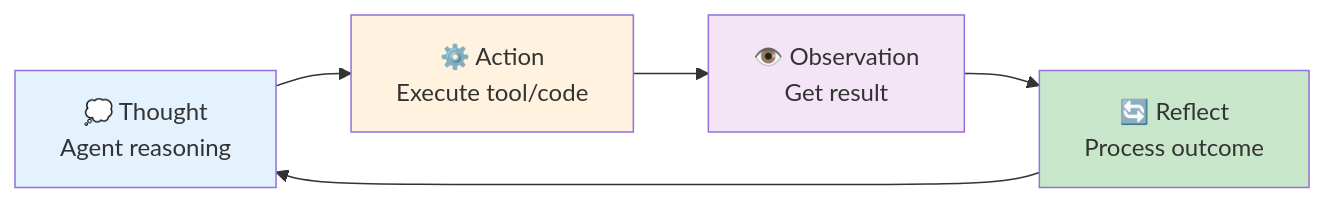
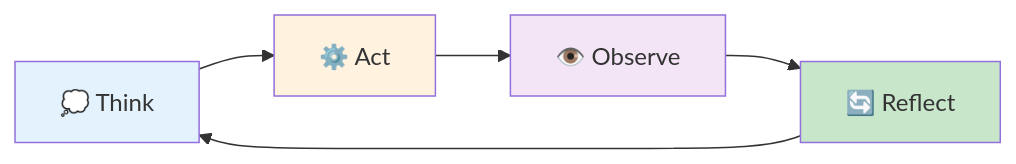
Before and after one commit to Algiras/vs-zinios-conference-2025-11-18: the seventh of 13 diagrams in slides/presentation.md, drawn with Mermaid. The commit also changed other lines of this file and 18 other files, not shown here.

````diff
--- a/slides/presentation.md
+++ b/slides/presentation.md
@@ -353,17 +625,12 @@
 ```mermaid
 graph LR
-    THOUGHT["💭 Thought<br/>Agent reasoning"]
-    ACTION["⚙️ Action<br/>Execute tool/code"]
-    OBS["👁️ Observation<br/>Get result"]
-    REFLECT["🔄 Reflect<br/>Process outcome"]
-    
-    THOUGHT --> ACTION
-    ACTION --> OBS
-    OBS --> REFLECT
+    THOUGHT["💭 Think"] --> ACTION["⚙️ Act"]
+    ACTION --> OBS["👁️ Observe"]
+    OBS --> REFLECT["🔄 Reflect"]
     REFLECT --> THOUGHT
     
     style THOUGHT fill:#e3f2fd
     style ACTION fill:#fff3e0
     style OBS fill:#f3e5f5
     style REFLECT fill:#c8e6c9
 ```
````
